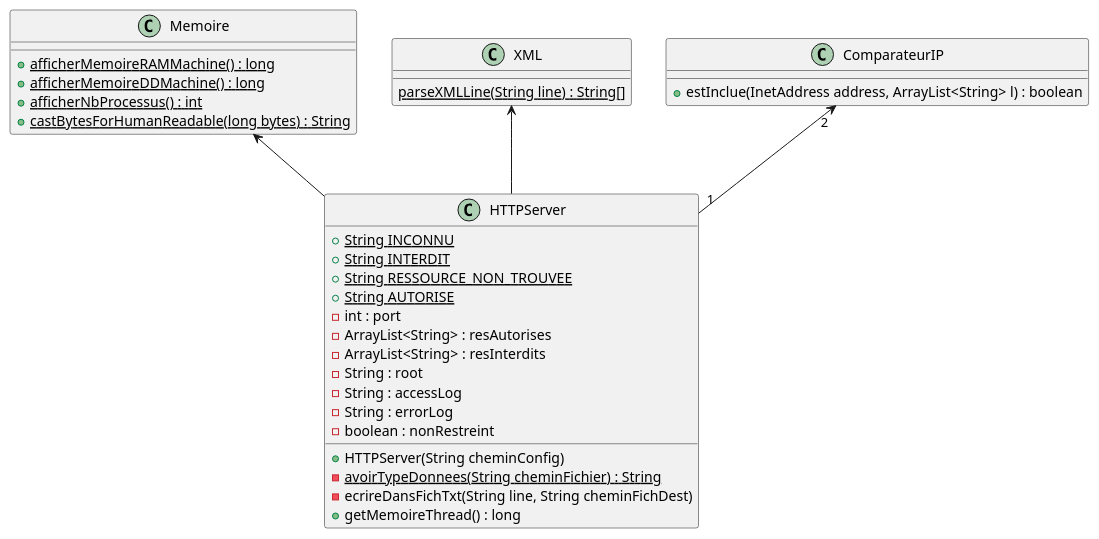
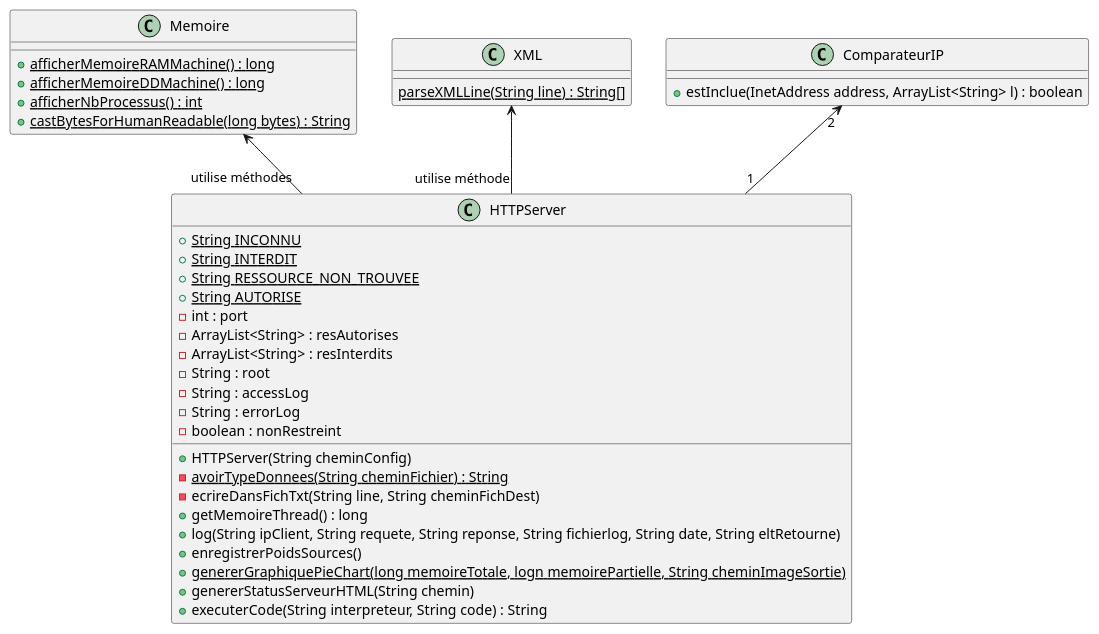
One commit to Stantrh/SAE_2.03_Serveur_HTTP changed the diagram in Rapport/DiagClasse.puml. Above: the diagram before and after it, drawn with PlantUML. The commit also changed 7 other files, not shown here.

```diff
--- a/Rapport/DiagClasse.puml
+++ b/Rapport/DiagClasse.puml
@@ -1,40 +1,45 @@
 @startuml
 
 class HTTPServer{
     {static} + String INCONNU
     {static} + String INTERDIT
     {static} + String RESSOURCE_NON_TROUVEE
     {static} + String AUTORISE
     - int : port
     - ArrayList<String> : resAutorises
     - ArrayList<String> : resInterdits
     - String : root
     - String : accessLog
     - String : errorLog
     - boolean : nonRestreint
     + HTTPServer(String cheminConfig)
     {static} - avoirTypeDonnees(String cheminFichier) : String
     - ecrireDansFichTxt(String line, String cheminFichDest)
     + getMemoireThread() : long
+    + log(String ipClient, String requete, String reponse, String fichierlog, String date, String eltRetourne)
+    + enregistrerPoidsSources()
+    {static} + genererGraphiquePieChart(long memoireTotale, logn memoirePartielle, String cheminImageSortie)
+    + genererStatusServeurHTML(String chemin)
+    + executerCode(String interpreteur, String code) : String
 }
 
 class Memoire{
   {static} + afficherMemoireRAMMachine() : long
   {static} + afficherMemoireDDMachine() : long
   {static} + afficherNbProcessus() : int
   {static} + castBytesForHumanReadable(long bytes) : String
 }
 
 class XML{
   {static} parseXMLLine(String line) : String[]
 }
 
 
 class ComparateurIP{
   + estInclue(InetAddress address, ArrayList<String> l) : boolean
 }
 
 ComparateurIP "2" <-- "1" HTTPServer
-XML <-- HTTPServer
-Memoire <-- HTTPServer
+XML <-- "utilise méthode" HTTPServer
+Memoire <-- "utilise méthodes" HTTPServer
 @enduml
```
